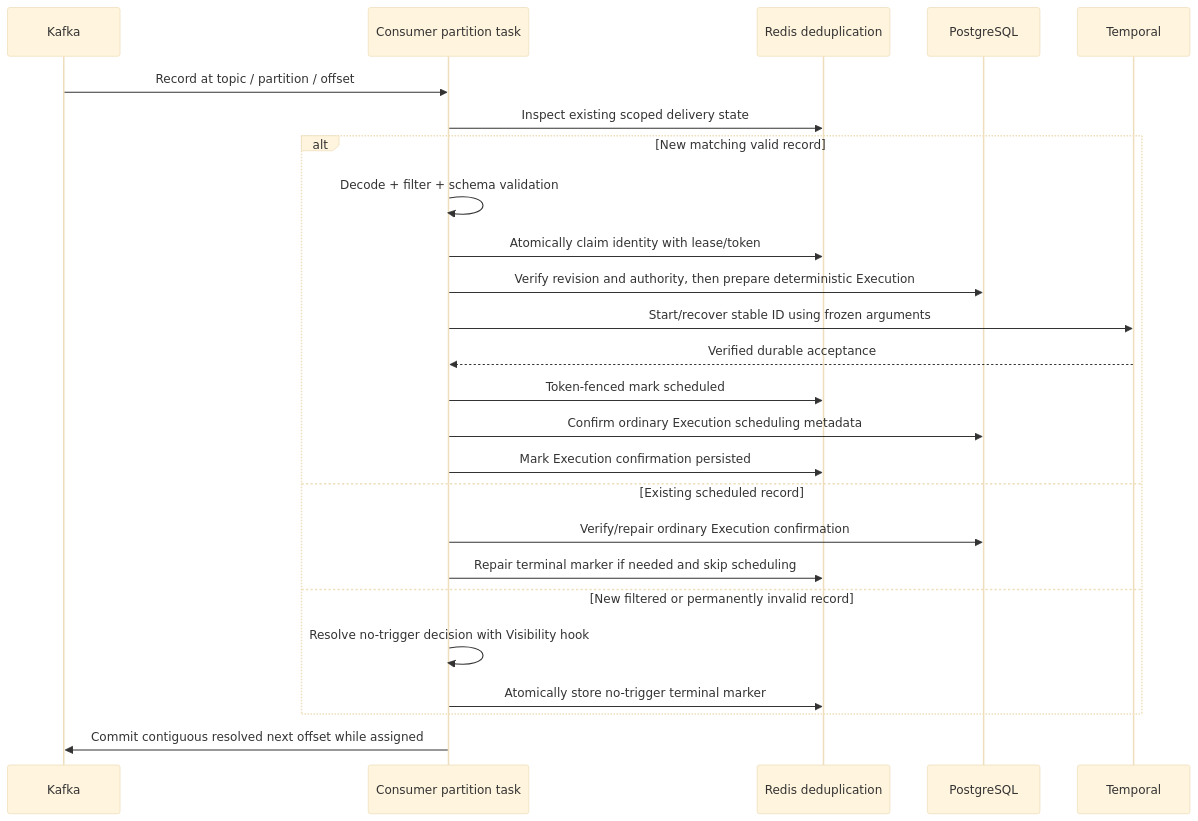
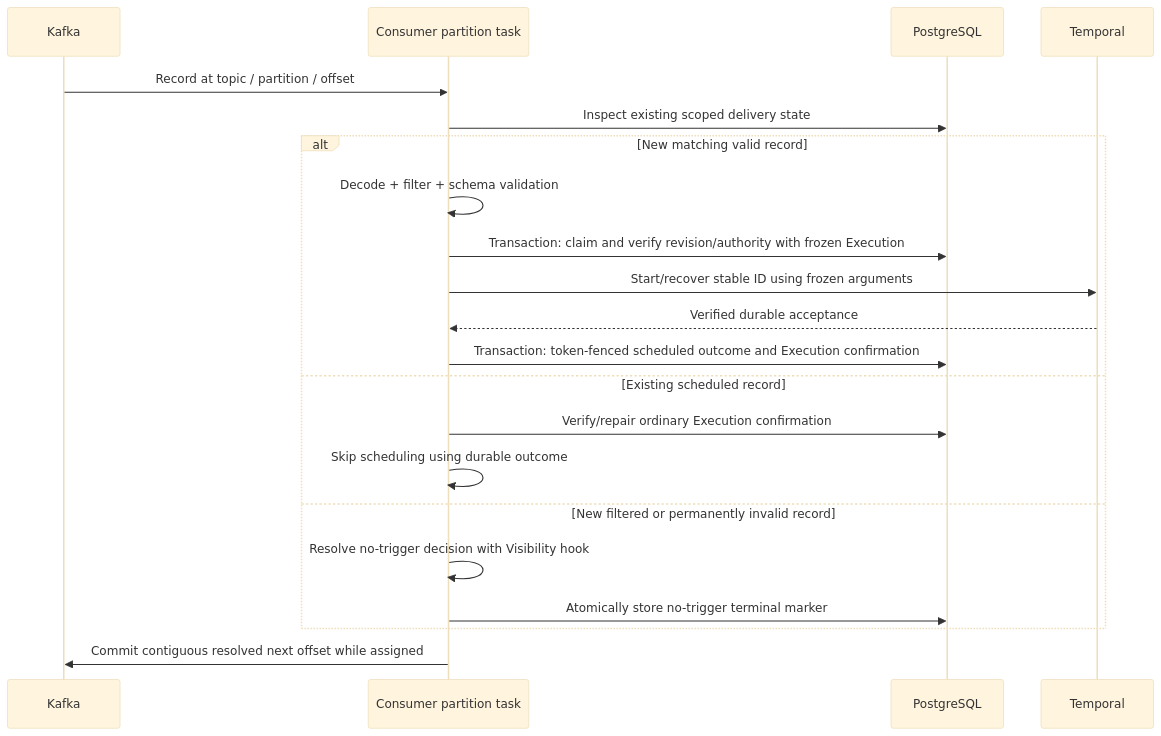
One commit to acedya/syntara changed the fourth of 4 diagrams in backend/docs/kafka-event-streams.md. Above: the diagram before and after it, drawn with Mermaid (base theme). The commit also changed other lines of this file, not shown here.

````diff
--- a/backend/docs/kafka-event-streams.md
+++ b/backend/docs/kafka-event-streams.md
@@ -672,27 +730,23 @@
 ```mermaid
 sequenceDiagram
     participant K as Kafka
     participant C as Consumer partition task
-    participant R as Redis deduplication
     participant D as PostgreSQL
     participant T as Temporal
     K->>C: Record at topic / partition / offset
-    C->>R: Inspect existing scoped delivery state
+    C->>D: Inspect existing scoped delivery state
     alt New matching valid record
         C->>C: Decode + filter + schema validation
-        C->>R: Atomically claim identity with lease/token
-        C->>D: Verify revision and authority, then prepare deterministic Execution
+        C->>D: Transaction: claim and verify revision/authority with frozen Execution
         C->>T: Start/recover stable ID using frozen arguments
         T-->>C: Verified durable acceptance
-        C->>R: Token-fenced mark scheduled
-        C->>D: Confirm ordinary Execution scheduling metadata
-        C->>R: Mark Execution confirmation persisted
+        C->>D: Transaction: token-fenced scheduled outcome and Execution confirmation
     else Existing scheduled record
         C->>D: Verify/repair ordinary Execution confirmation
-        C->>R: Repair terminal marker if needed and skip scheduling
+        C->>C: Skip scheduling using durable outcome
     else New filtered or permanently invalid record
         C->>C: Resolve no-trigger decision with Visibility hook
-        C->>R: Atomically store no-trigger terminal marker
+        C->>D: Atomically store no-trigger terminal marker
     end
     C->>K: Commit contiguous resolved next offset while assigned
 ```
````
